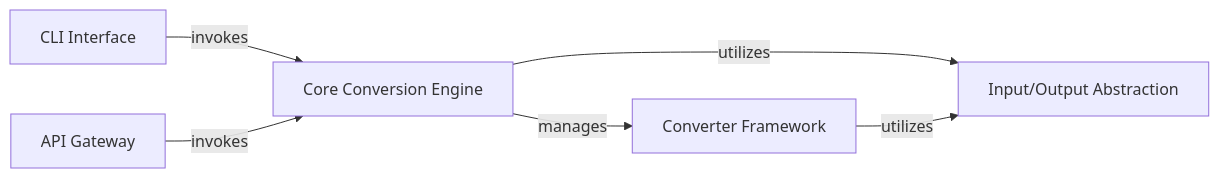
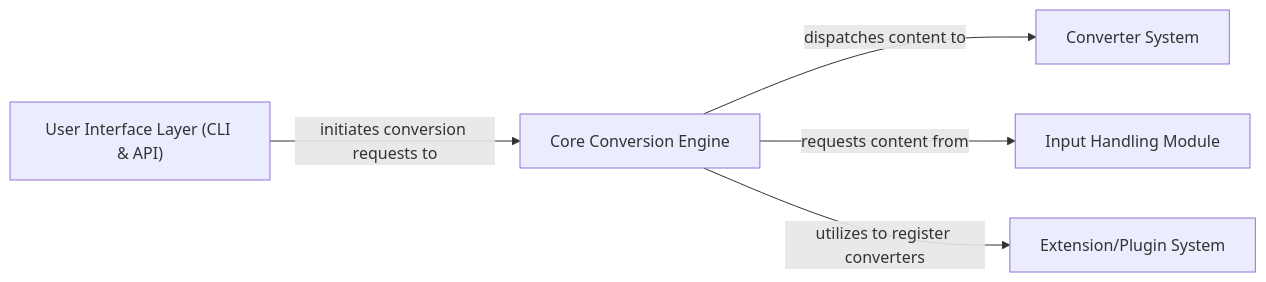
Before and after one commit to CodeBoarding/GeneratedOnBoardings: the diagram in markitdown/on_boarding.md, drawn with Mermaid. The commit also changed other lines of this file and 6 other files, not shown here.

````diff
--- a/markitdown/on_boarding.md
+++ b/markitdown/on_boarding.md
@@ -1,15 +1,16 @@
 ```mermaid
 graph LR
     Core_Conversion_Engine["Core Conversion Engine"]
-    Converter_Framework["Converter Framework"]
-    Input_Output_Abstraction["Input/Output Abstraction"]
-    CLI_Interface["CLI Interface"]
-    API_Gateway["API Gateway"]
-    Core_Conversion_Engine -- "manages" --> Converter_Framework
-    Core_Conversion_Engine -- "utilizes" --> Input_Output_Abstraction
-    Converter_Framework -- "utilizes" --> Input_Output_Abstraction
-    CLI_Interface -- "invokes" --> Core_Conversion_Engine
-    API_Gateway -- "invokes" --> Core_Conversion_Engine
-    click Core_Conversion_Engine href "https://github.com/CodeBoarding/GeneratedOnBoardings/blob/main/markitdown/Core_Conversion_Engine.md" "Details"
-    click Converter_Framework href "https://github.com/CodeBoarding/GeneratedOnBoardings/blob/main/markitdown/Converter_Framework.md" "Details"
+    Converter_System["Converter System"]
+    Input_Handling_Module["Input Handling Module"]
+    Extension_Plugin_System["Extension/Plugin System"]
+    User_Interface_Layer_CLI_API_["User Interface Layer (CLI & API)"]
+    Core_Conversion_Engine -- "dispatches content to" --> Converter_System
+    Core_Conversion_Engine -- "requests content from" --> Input_Handling_Module
+    Core_Conversion_Engine -- "utilizes to register converters" --> Extension_Plugin_System
+    User_Interface_Layer_CLI_API_ -- "initiates conversion requests to" --> Core_Conversion_Engine
+    click Converter_System href "https://github.com/CodeBoarding/GeneratedOnBoardings/blob/main/markitdown/Converter_System.md" "Details"
+    click Input_Handling_Module href "https://github.com/CodeBoarding/GeneratedOnBoardings/blob/main/markitdown/Input_Handling_Module.md" "Details"
+    click Extension_Plugin_System href "https://github.com/CodeBoarding/GeneratedOnBoardings/blob/main/markitdown/Extension_Plugin_System.md" "Details"
+    click User_Interface_Layer_CLI_API_ href "https://github.com/CodeBoarding/GeneratedOnBoardings/blob/main/markitdown/User_Interface_Layer_CLI_API_.md" "Details"
 ```
````
